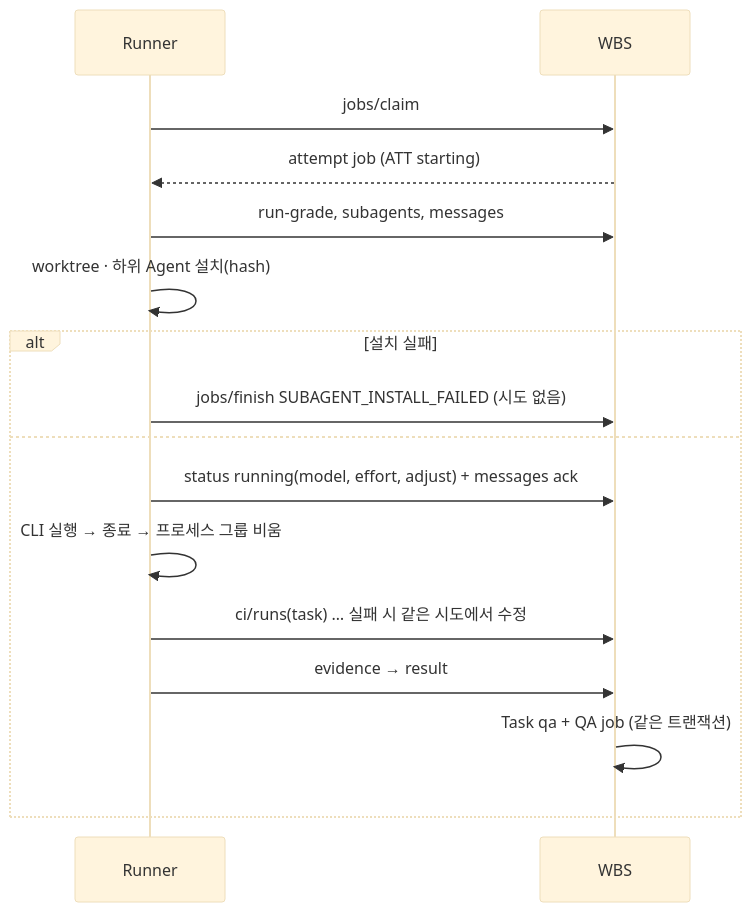
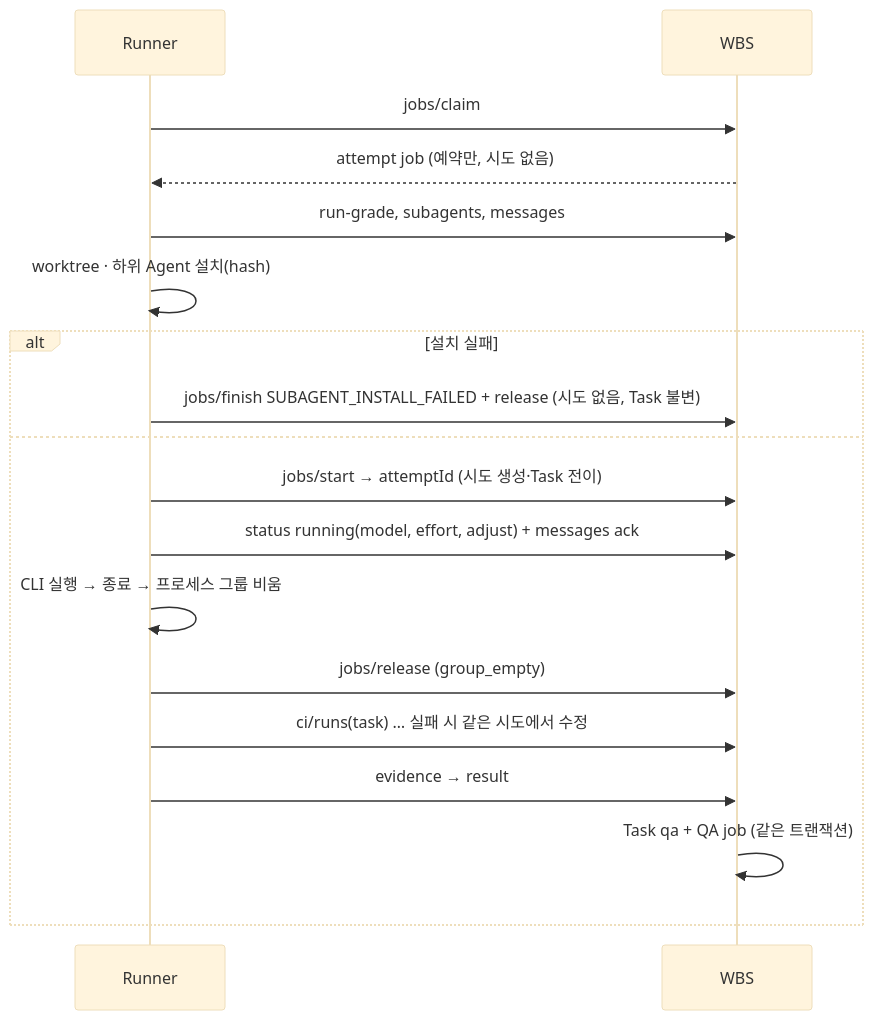
Before and after one commit to keeproll/agent-wbs: the diagram in docs/plan/contracts.md, drawn with Mermaid (base theme). The commit also changed other lines of this file and 4 other files, not shown here.

````diff
--- a/docs/plan/contracts.md
+++ b/docs/plan/contracts.md
@@ -175,18 +225,20 @@
 ```mermaid
 sequenceDiagram
   participant R as Runner
   participant W as WBS
   R->>W: jobs/claim
-  W-->>R: attempt job (ATT starting)
+  W-->>R: attempt job (예약만, 시도 없음)
   R->>W: run-grade, subagents, messages
   R->>R: worktree · 하위 Agent 설치(hash)
   alt 설치 실패
-    R->>W: jobs/finish SUBAGENT_INSTALL_FAILED (시도 없음)
+    R->>W: jobs/finish SUBAGENT_INSTALL_FAILED + release (시도 없음, Task 불변)
   else
+    R->>W: jobs/start → attemptId (시도 생성·Task 전이)
     R->>W: status running(model, effort, adjust) + messages ack
     R->>R: CLI 실행 → 종료 → 프로세스 그룹 비움
+    R->>W: jobs/release (group_empty)
     R->>W: ci/runs(task) … 실패 시 같은 시도에서 수정
     R->>W: evidence → result
     W->>W: Task qa + QA job (같은 트랜잭션)
   end
 ```
````
